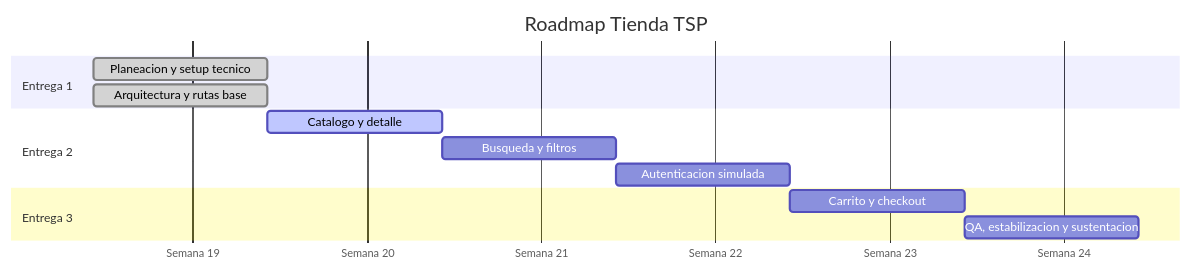
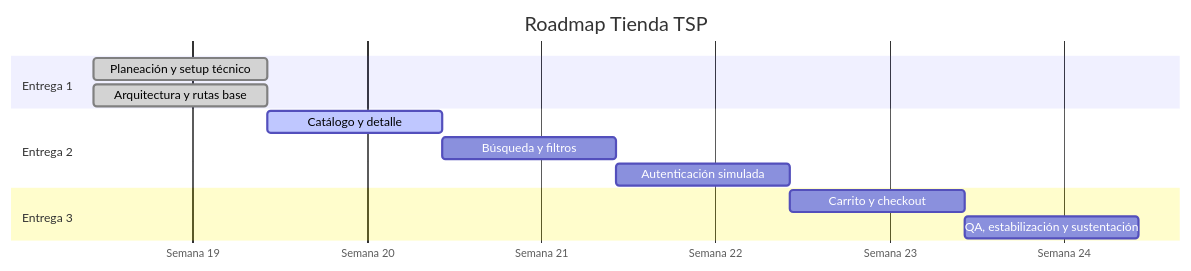
One commit to andresfccy/poli-tsp changed the first of 2 diagrams in docs/roadmap/index.md. Above: the diagram before and after it, drawn with Mermaid. The commit also changed other lines of this file and 13 other files, not shown here.

Commit message:
docs: fix accents and mermaid labels

````diff
--- a/docs/roadmap/index.md
+++ b/docs/roadmap/index.md
@@ -5,16 +5,16 @@
 ```mermaid
 gantt
   title Roadmap Tienda TSP
   dateFormat  YYYY-MM-DD
   axisFormat  Semana %W
   section Entrega 1
-  Planeacion y setup tecnico        :done,    s1, 2026-05-13, 7d
+  Planeación y setup técnico        :done,    s1, 2026-05-13, 7d
   Arquitectura y rutas base         :done,    s1b, 2026-05-13, 7d
   section Entrega 2
-  Catalogo y detalle                :active,  s2, 2026-05-20, 7d
-  Busqueda y filtros                :         s3, 2026-05-27, 7d
-  Autenticacion simulada            :         s4, 2026-06-03, 7d
+  Catálogo y detalle                :active,  s2, 2026-05-20, 7d
+  Búsqueda y filtros                :         s3, 2026-05-27, 7d
+  Autenticación simulada            :         s4, 2026-06-03, 7d
   section Entrega 3
   Carrito y checkout                :         s5, 2026-06-10, 7d
-  QA, estabilizacion y sustentacion :         s6, 2026-06-17, 7d
+  QA, estabilización y sustentación :         s6, 2026-06-17, 7d
 ```
````
